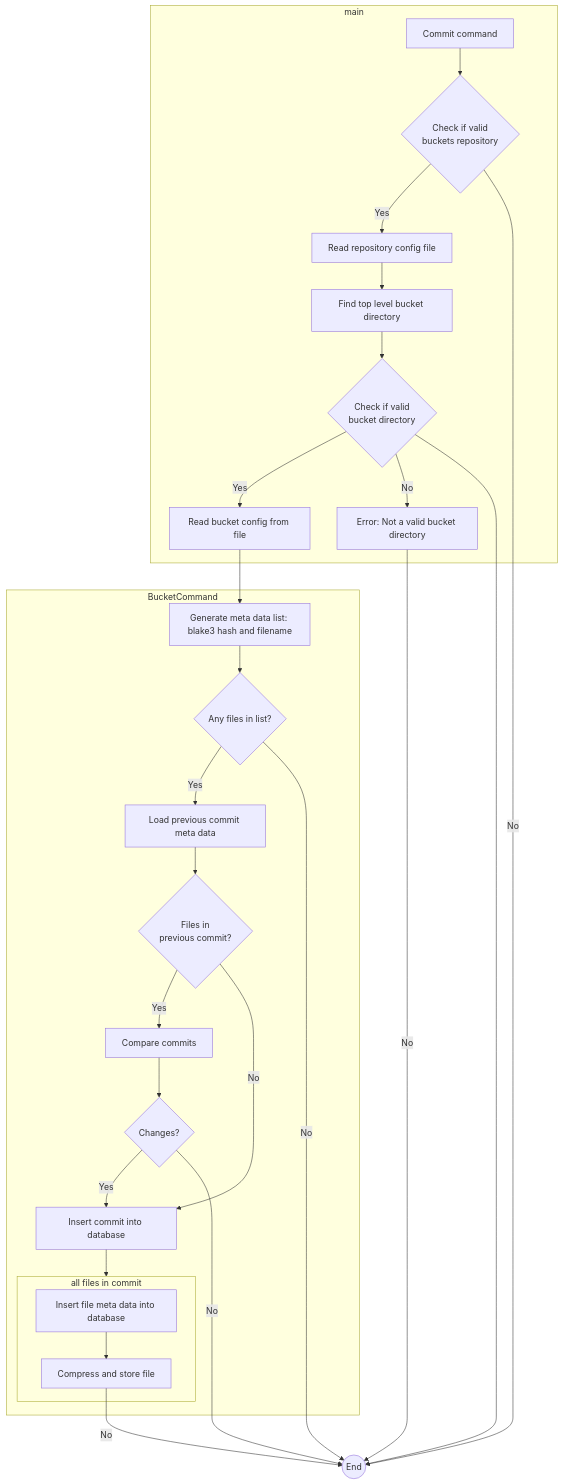
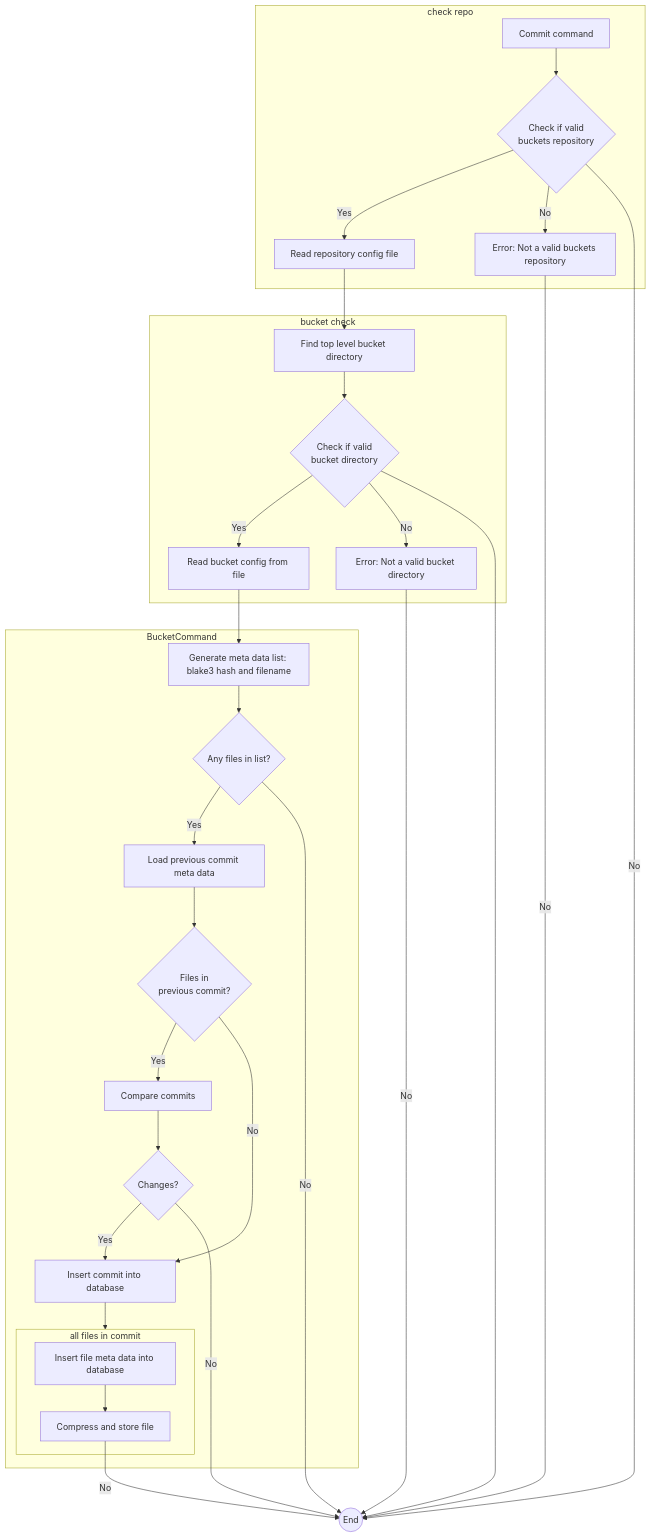
One commit to 3vilM33pl3/buckets changed the diagram in docs/commands/commit.mmd. Above: the diagram before and after it, drawn with Mermaid. The commit also changed 1 other file, not shown here.

Commit message:
Adding flowcharts for commit and init cammands

```diff
--- a/docs/commands/commit.mmd
+++ b/docs/commands/commit.mmd
@@ -1,34 +1,40 @@
+%%{init: {'themeVariables': {'subgraphTitleTextAlign': 'left'}}}%%
 flowchart TD
-    subgraph main
+    subgraph check repo
         A[Commit command] --> Z{Check if valid \n buckets repository}
         Z --> |Yes| B[Read repository config file]
+        Z --> |No| X[Error: Not a valid buckets repository]
+        end
+
+        subgraph bucket check
         B --> C[Find top level bucket directory]
         C --> D{Check if valid \n bucket directory}
         D -->|Yes| E[Read bucket config from file]
         D -->|No| G[Error: Not a valid bucket directory]
     end
 
     subgraph BucketCommand
         E --> H
         H[Generate meta data list: blake3 hash and filename] --> I{Any files in list?}
         I -->|Yes| J[Load previous commit meta data]
         J --> K{Files in \n previous commit?}
         K -->|Yes| L[Compare commits]
         K -->|No| M[Insert commit into database]
         L --> N{Changes?}
         N -->|Yes| M
 
 
 
         subgraph Loop[all files in commit]
             Q[Insert file meta data into database] --> R[Compress and store file]
         end
 
         M --> Loop
     end
+    X -->|No| P((End))
     Z -->|No| P((End))
     R -->|No| P((End))
     I -->|No| P((End))
     G -->|No| P((End))
     N -->|No| P((End))
     D --> P((End))
```
